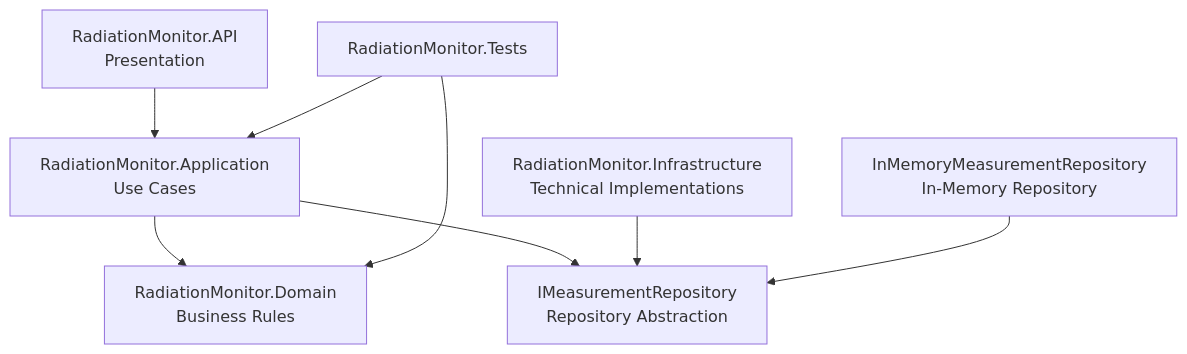
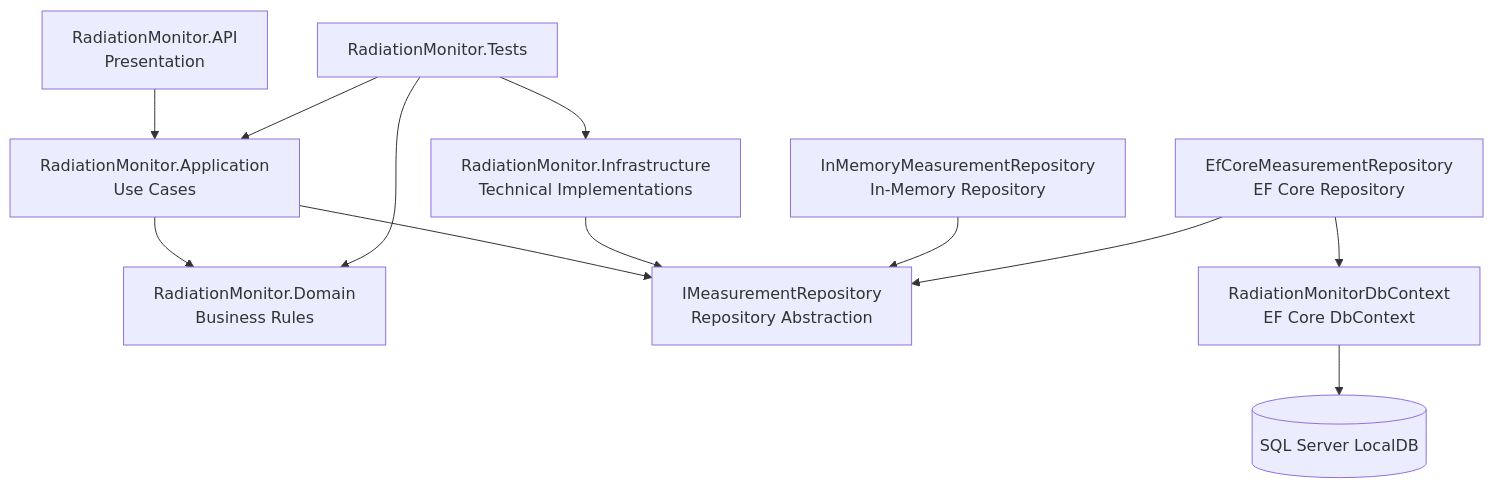
The diagram in RadiationMonitor/docs/architecture/layered-architecture.md (ManonDamoiseau/RadiationMonitor), drawn with Mermaid before and after one commit. The commit also changed other lines of this file and 12 other files, not shown here.

Commit message:
Complete SQL Server persistence

````diff
--- a/RadiationMonitor/docs/architecture/layered-architecture.md
+++ b/RadiationMonitor/docs/architecture/layered-architecture.md
@@ -8,29 +15,39 @@
 ```mermaid
 flowchart TD 
 
-    API[RadiationMonitor.API<br/>Presentation]
+API[RadiationMonitor.API<br/>Presentation]
 
-    APP[RadiationMonitor.Application<br/>Use Cases]
+APP[RadiationMonitor.Application<br/>Use Cases]
 
-    DOMAIN[RadiationMonitor.Domain<br/>Business Rules]
+DOMAIN[RadiationMonitor.Domain<br/>Business Rules]
 
-    REPO[IMeasurementRepository<br/>Repository Abstraction]
+REPO[IMeasurementRepository<br/>Repository Abstraction]
 
-    INFRA[RadiationMonitor.Infrastructure<br/>Technical Implementations]
+INFRA[RadiationMonitor.Infrastructure<br/>Technical Implementations]
 
-    INMEM[InMemoryMeasurementRepository<br/>In-Memory Repository]
+INMEM[InMemoryMeasurementRepository<br/>In-Memory Repository]
 
-    TESTS[RadiationMonitor.Tests]
+EF[EfCoreMeasurementRepository<br/>EF Core Repository]
 
-    API --> APP
+DB[RadiationMonitorDbContext<br/>EF Core DbContext]
 
-    APP --> DOMAIN
-    APP --> REPO
+SQL[(SQL Server LocalDB)]
 
-    INFRA --> REPO
-    INMEM --> REPO
+TESTS[RadiationMonitor.Tests]
 
-    TESTS --> DOMAIN
-    TESTS --> APP
+API --> APP
+
+APP --> DOMAIN
+APP --> REPO
+
+INFRA --> REPO
+INMEM --> REPO
+EF --> REPO
+EF --> DB
+DB --> SQL
+
+TESTS --> DOMAIN
+TESTS --> APP
+TESTS --> INFRA
 
 ```
````
